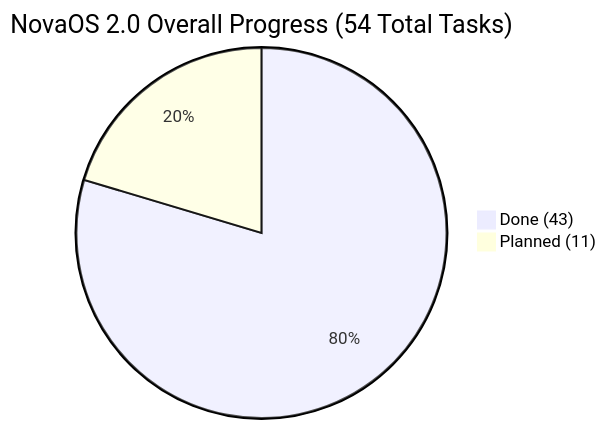
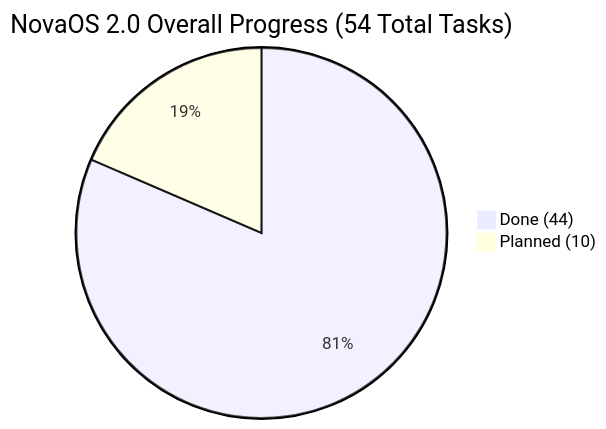
The diagram in NovaOS_Build_Plan.md (firoze-hossain/novaos), drawn with Mermaid before and after one commit. The commit also changed other lines of this file and 14 other files, not shown here.

````diff
--- a/NovaOS_Build_Plan.md
+++ b/NovaOS_Build_Plan.md
@@ -9,5 +9,5 @@
 ```mermaid
 pie title NovaOS 2.0 Overall Progress (54 Total Tasks)
-    "Done (43)" : 43
-    "Planned (11)" : 11
+    "Done (44)" : 44
+    "Planned (10)" : 10
 ```
````
